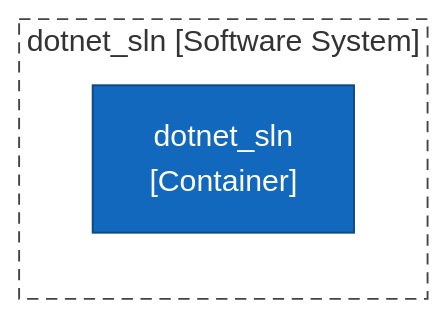
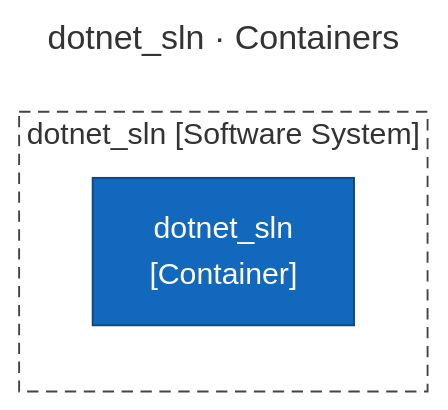
One commit to ythalorossy/architecture-skills changed the first of 3 diagrams in tests/golden/dotnet_sln/output/ArchitectureReport.md. Above: the diagram before and after it, drawn with Mermaid. The commit also changed other lines of this file and 56 other files, not shown here.

First line of the commit message:
feat(c4): title every diagram and add one Key to the report

````diff
--- a/tests/golden/dotnet_sln/output/ArchitectureReport.md
+++ b/tests/golden/dotnet_sln/output/ArchitectureReport.md
@@ -27,14 +38,17 @@
 ```mermaid
+---
+title: "dotnet_sln · Containers"
+---
 flowchart TB
     subgraph boundary["dotnet_sln [Software System]"]
         dotnet_sln["dotnet_sln<br/>[Container]"]
     end
     classDef person fill:#08427b,stroke:#052e56,color:#ffffff
     classDef container fill:#1168bd,stroke:#0b4884,color:#ffffff
     classDef system fill:#1168bd,stroke:#0b4884,color:#ffffff
     classDef component fill:#85bbf0,stroke:#5d82a8,color:#000000
     classDef external fill:#999999,stroke:#6b6b6b,color:#ffffff
     classDef shared fill:#dbe9f6,stroke:#5d82a8,color:#000000,stroke-dasharray:4 3
     class dotnet_sln container
     style boundary fill:none,stroke:#444444,stroke-dasharray:6 4
 ```
````
